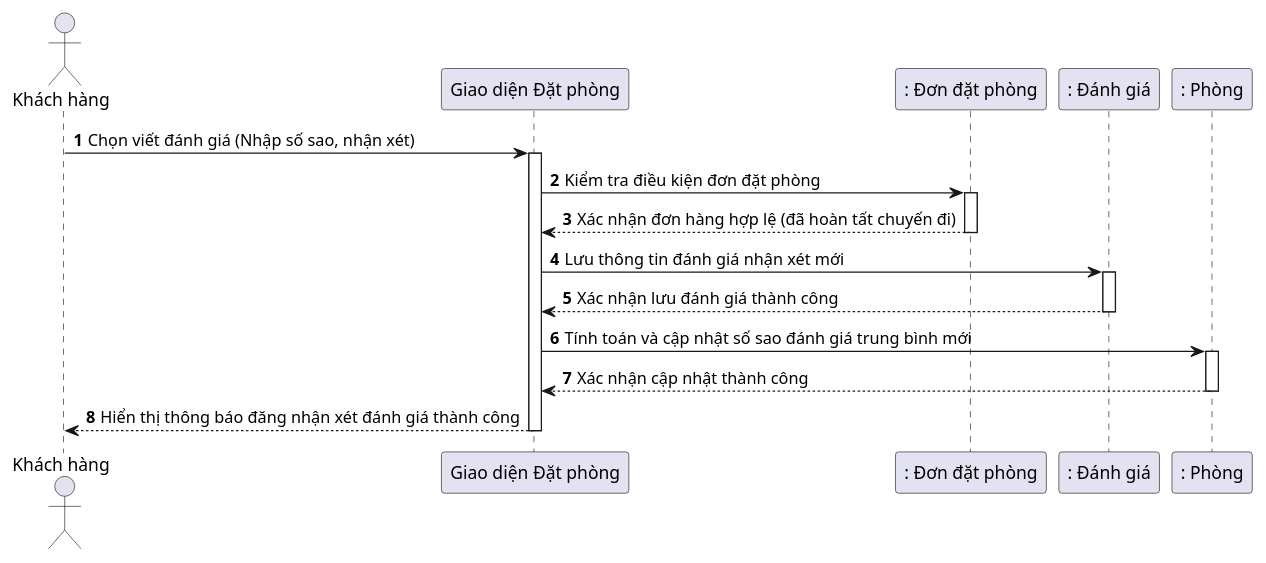
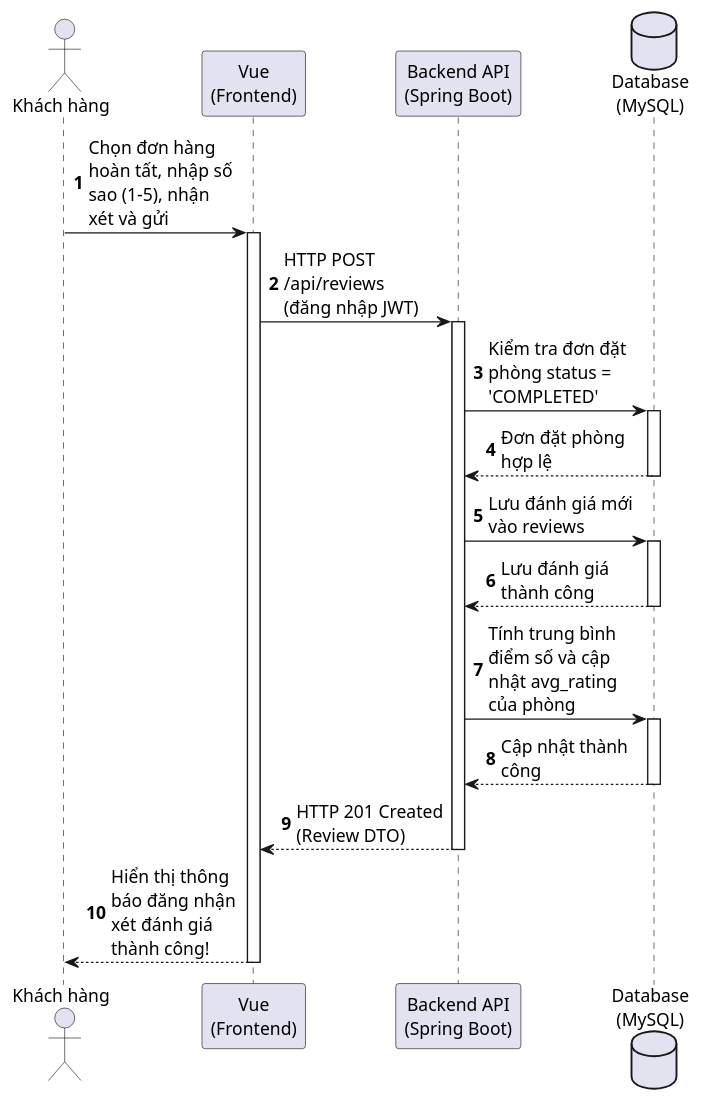
Before and after one commit to kienpham23/BuddingHotelStay-frontend: diagram 16 of 28 in huong_dan_ve_bieu_do.md, drawn with PlantUML. The commit also changed other lines of this file and 16 other files, not shown here.

Commit message:
Cập nhập sửa giao diện

````diff
--- a/huong_dan_ve_bieu_do.md
+++ b/huong_dan_ve_bieu_do.md
@@ -528,31 +564,35 @@
 ```plantuml
 @startuml
 autonumber
+skinparam DefaultFontSize 14
+skinparam MaxMessageSize 120
+skinparam ParticipantPadding 10
+skinparam BoxPadding 10
+
 actor "Khách hàng" as Customer
-participant "Giao diện Đặt phòng" as GUI
-participant ": Đơn đặt phòng" as Booking
-participant ": Đánh giá" as Review
-participant ": Phòng" as Room
+participant "Vue\n(Frontend)" as Vue
+participant "Backend API\n(Spring Boot)" as API
+database "Database\n(MySQL)" as DB
 
-Customer -> GUI : Chọn viết đánh giá (Nhập số sao, nhận xét)
-activate GUI
-
-GUI -> Booking : Kiểm tra điều kiện đơn đặt phòng
-activate Booking
-Booking --> GUI : Xác nhận đơn hàng hợp lệ (đã hoàn tất chuyến đi)
-deactivate Booking
-
-GUI -> Review : Lưu thông tin đánh giá nhận xét mới
-activate Review
-Review --> GUI : Xác nhận lưu đánh giá thành công
-deactivate Review
-
-GUI -> Room : Tính toán và cập nhật số sao đánh giá trung bình mới
-activate Room
-Room --> GUI : Xác nhận cập nhật thành công
-deactivate Room
-
-GUI --> Customer : Hiển thị thông báo đăng nhận xét đánh giá thành công
-deactivate GUI
+Customer -> Vue : Chọn đơn hàng hoàn tất, nhập số sao (1-5), nhận xét và gửi
+activate Vue
+Vue -> API : HTTP POST /api/reviews (đăng nhập JWT)
+activate API
+API -> DB : Kiểm tra đơn đặt phòng status = 'COMPLETED'
+activate DB
+DB --> API : Đơn đặt phòng hợp lệ
+deactivate DB
+API -> DB : Lưu đánh giá mới vào reviews
+activate DB
+DB --> API : Lưu đánh giá thành công
+deactivate DB
+API -> DB : Tính trung bình điểm số và cập nhật avg_rating của phòng
+activate DB
+DB --> API : Cập nhật thành công
+deactivate DB
+API --> Vue : HTTP 201 Created (Review DTO)
+deactivate API
+Vue --> Customer : Hiển thị thông báo đăng nhận xét đánh giá thành công!
+deactivate Vue
 @enduml
 ```
````
